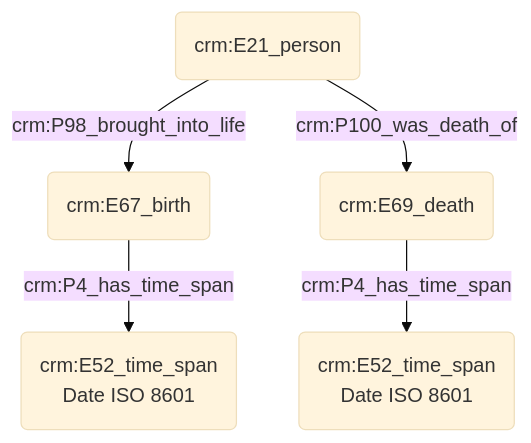
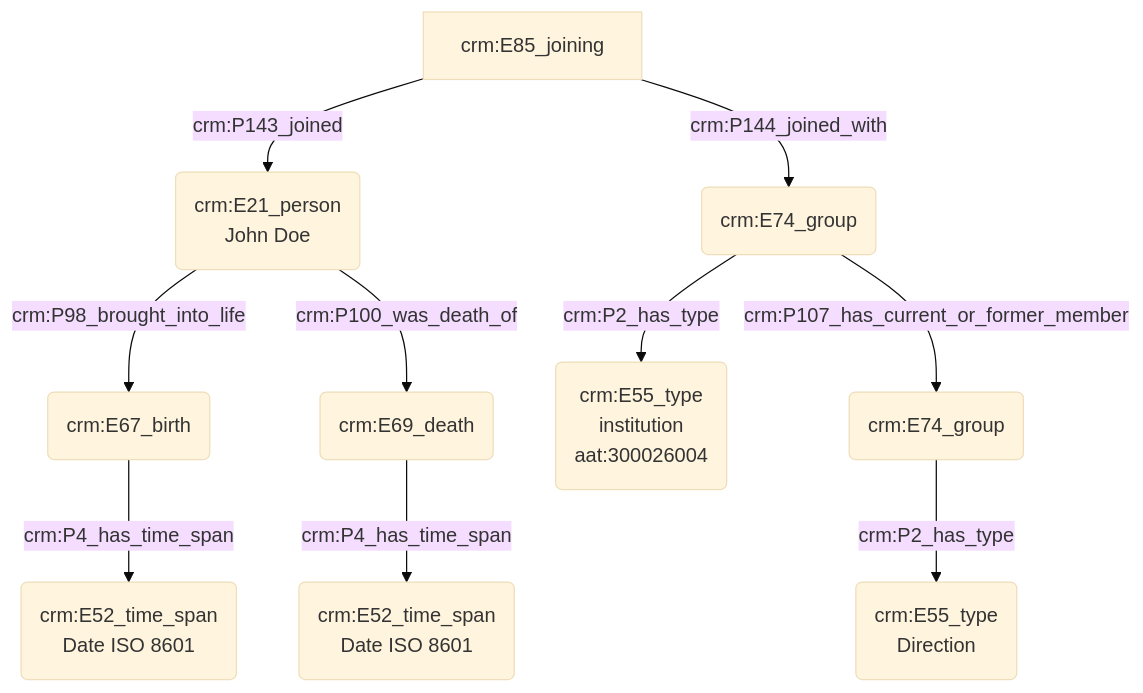
The diagram in modules/livrables/Dossier 2/Indexation conceptuelle/indexation d'une personne.md (Amleth/consortium-musica2-gt2-ontologies), drawn with Mermaid (base theme) before and after one commit.

Commit message:
Update indexation d'une personne.md

````diff
--- a/modules/livrables/Dossier 2/Indexation conceptuelle/indexation d'une personne.md
+++ b/modules/livrables/Dossier 2/Indexation conceptuelle/indexation d'une personne.md
@@ -11,10 +11,16 @@
 ```mermaid
 graph TD;
 
 A(crm:E21_person) --> |crm:P98_brought_into_life| B(crm:E67_birth)
 B(crm:E67_birth) --> |crm:P4_has_time_span| C(crm:E52_time_span<br>Date ISO 8601)
 
 A(crm:E21_person) --> |crm:P100_was_death_of| D(crm:E69_death)
 D(crm:E69_death) --> |crm:P4_has_time_span| E(crm:E52_time_span<br>Date ISO 8601)
 
+M(crm:E74_group) -->|crm:P2_has_type| N(crm:E55_type<br>institution<br>aat:300026004)
+M(crm:E74_group) --> |crm:P107_has_current_or_former_member| S(crm:E74_group)
+S(crm:E74_group) --> |crm:P2_has_type| T(crm:E55_type<br>Direction)
+U[crm:E85_joining] -->|crm:P143_joined| A(crm:E21_person<br>John Doe)
+U[crm:E85_joining] --> |crm:P144_joined_with| M(crm:E74_group)
+
 ```
````
